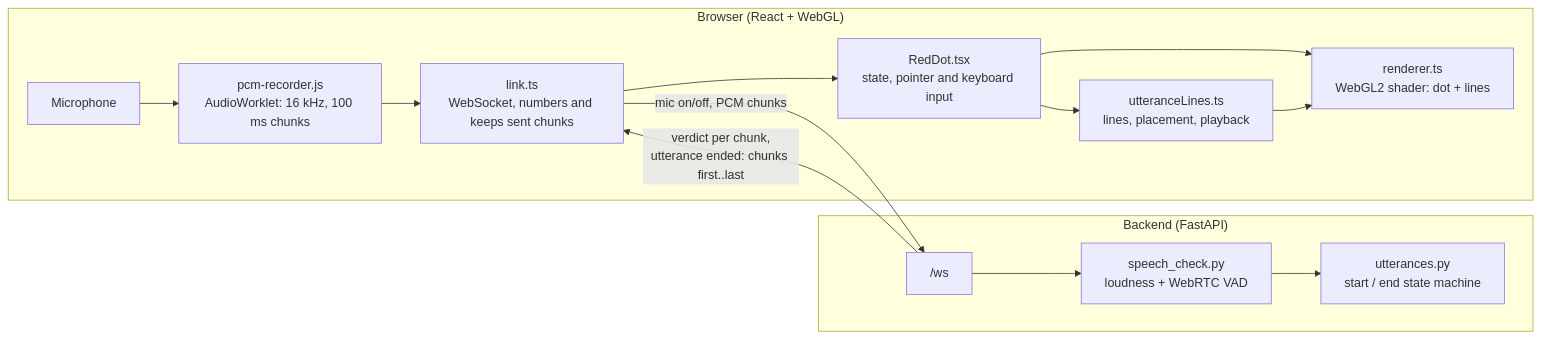
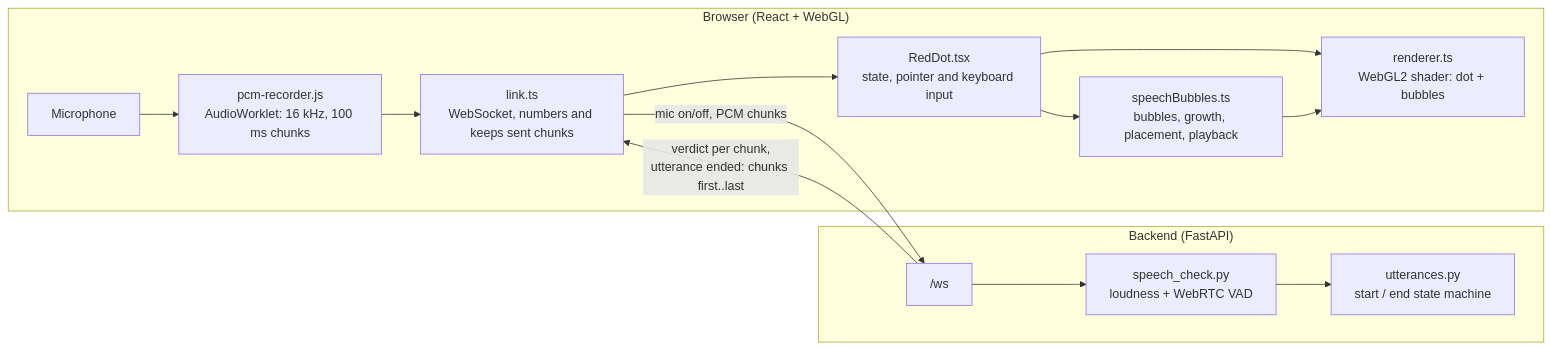
Before and after one commit to ma-hei/RedDot: the diagram in README.md, drawn with Mermaid. The commit also changed other lines of this file and 12 other files, not shown here.

````diff
--- a/README.md
+++ b/README.md
@@ -22,17 +22,17 @@
 ```mermaid
 flowchart LR
   subgraph browser["Browser (React + WebGL)"]
     mic["Microphone"] --> rec["pcm-recorder.js<br/>AudioWorklet: 16 kHz, 100 ms chunks"]
     rec --> link["link.ts<br/>WebSocket, numbers and keeps sent chunks"]
     link --> dot["RedDot.tsx<br/>state, pointer and keyboard input"]
-    dot --> lines["utteranceLines.ts<br/>lines, placement, playback"]
-    dot --> gl["renderer.ts<br/>WebGL2 shader: dot + lines"]
-    lines --> gl
+    dot --> bubbles["speechBubbles.ts<br/>bubbles, growth, placement, playback"]
+    dot --> gl["renderer.ts<br/>WebGL2 shader: dot + bubbles"]
+    bubbles --> gl
   end
   subgraph backend["Backend (FastAPI)"]
     ws["/ws"] --> check["speech_check.py<br/>loudness + WebRTC VAD"]
     check --> utt["utterances.py<br/>start / end state machine"]
   end
   link -- "mic on/off, PCM chunks" --> ws
   ws -- "verdict per chunk,<br/>utterance ended: chunks first..last" --> link
 ```
````
